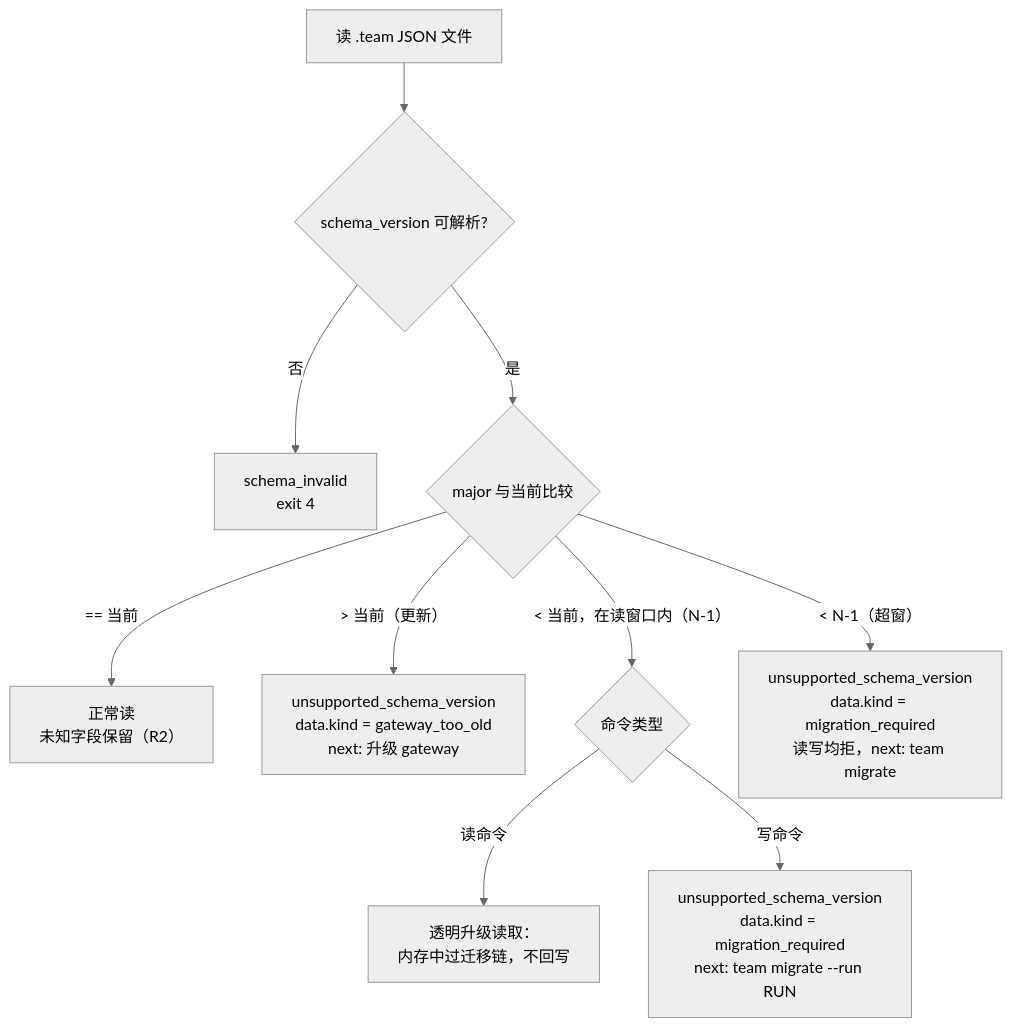
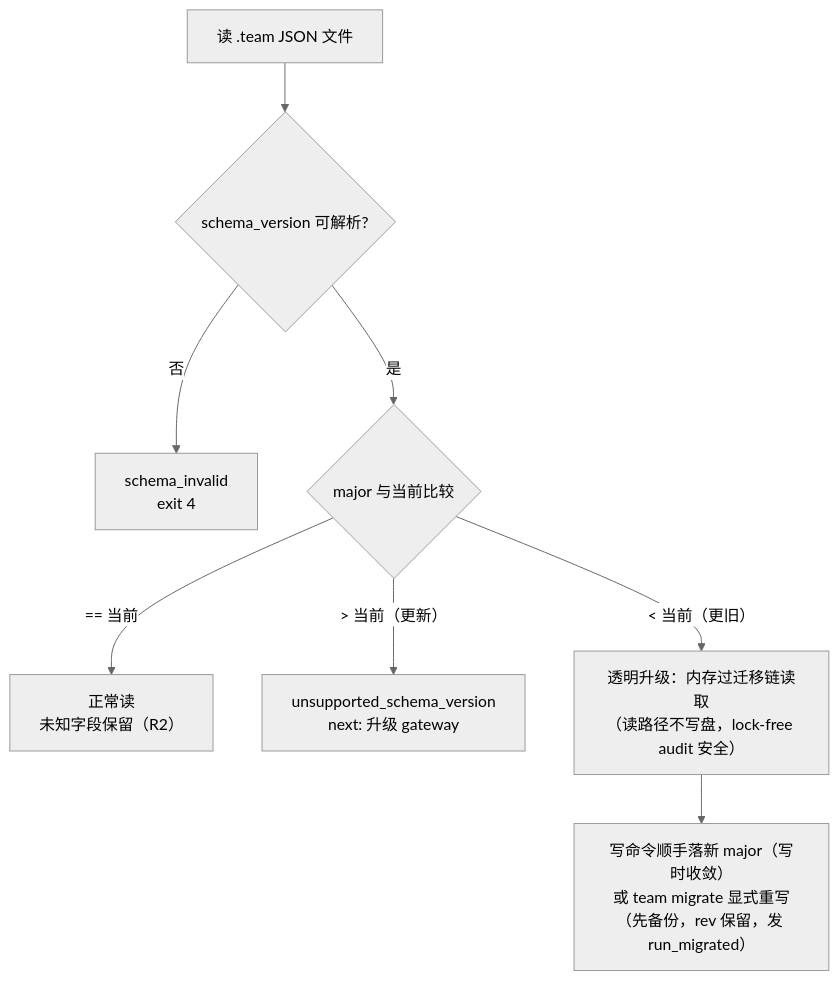
Before and after one commit to linshaoxin-maker/sigmarun: the diagram in docs/21-schema-versioning-and-migration.md, drawn with Mermaid (neutral theme). The commit also changed other lines of this file and 17 other files, not shown here.

````diff
--- a/docs/21-schema-versioning-and-migration.md
+++ b/docs/21-schema-versioning-and-migration.md
@@ -103,12 +105,10 @@
 ```mermaid
 flowchart TD
   A["读 .team JSON 文件"] --> B{"schema_version 可解析?"}
   B -- 否 --> E["schema_invalid<br/>exit 4"]
   B -- 是 --> C{"major 与当前比较"}
   C -- "== 当前" --> OK["正常读<br/>未知字段保留（R2）"]
-  C -- "> 当前（更新）" --> F["unsupported_schema_version<br/>data.kind = gateway_too_old<br/>next: 升级 gateway"]
-  C -- "< 当前，在读窗口内（N-1）" --> G{"命令类型"}
-  G -- 读命令 --> H["透明升级读取：<br/>内存中过迁移链，不回写"]
-  G -- 写命令 --> I["unsupported_schema_version<br/>data.kind = migration_required<br/>next: team migrate --run RUN"]
-  C -- "< N-1（超窗）" --> J["unsupported_schema_version<br/>data.kind = migration_required<br/>读写均拒，next: team migrate"]
+  C -- "> 当前（更新）" --> F["unsupported_schema_version<br/>next: 升级 gateway"]
+  C -- "< 当前（更旧）" --> G["透明升级：内存过迁移链读取<br/>（读路径不写盘，lock-free audit 安全）"]
+  G --> H["写命令顺手落新 major（写时收敛）<br/>或 team migrate 显式重写（先备份，rev 保留，发 run_migrated）"]
 ```
````
